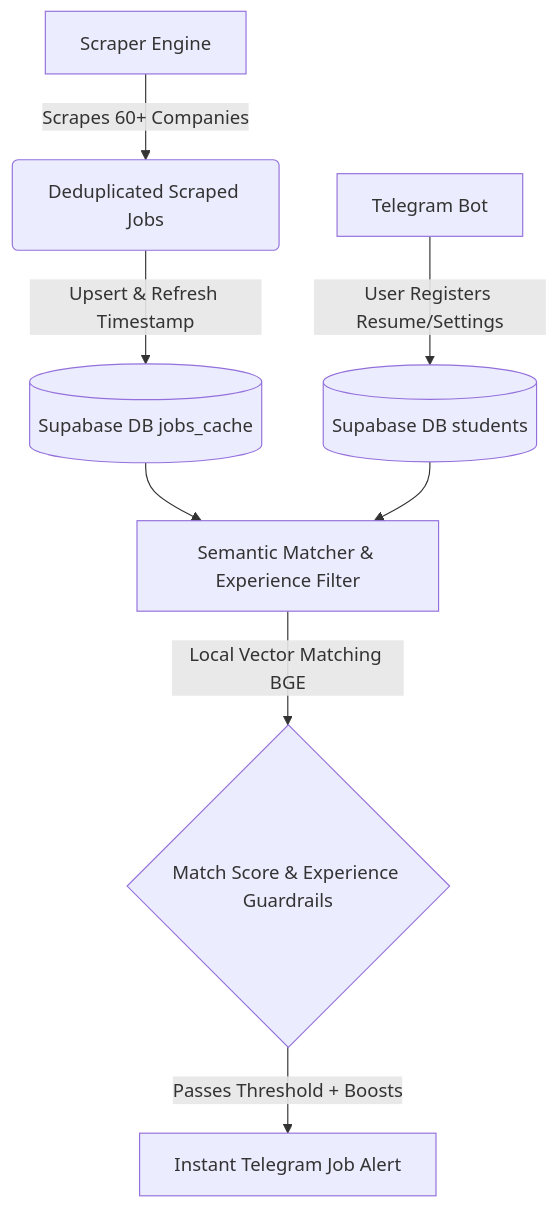
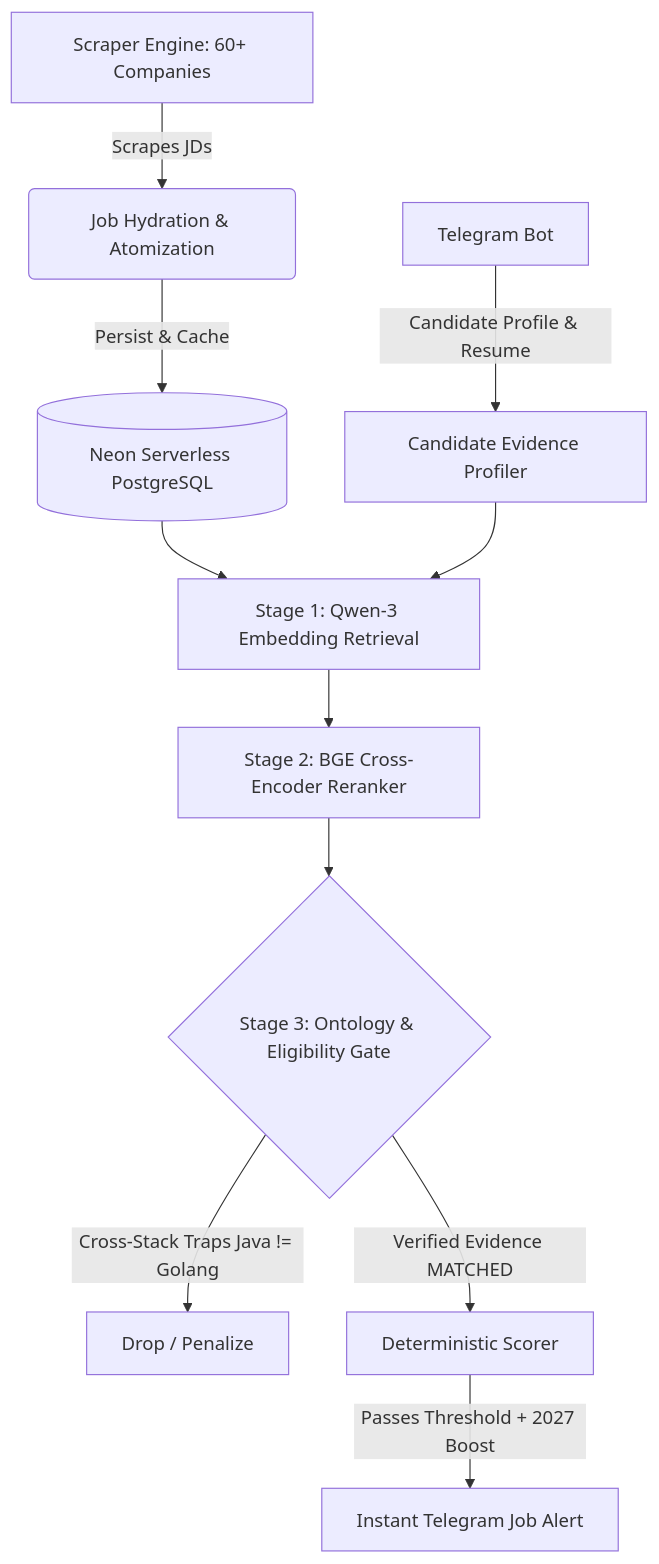
Before and after one commit to ishcares/HiringRadar: the diagram in README.md, drawn with Mermaid. The commit also changed other lines of this file, not shown here.

Commit message:
docs: update README with multi-stage evidence architecture, zero-RAM ML, and Neon PostgreSQL

````diff
--- a/README.md
+++ b/README.md
@@ -55,10 +56,13 @@
 ```mermaid
 graph TD
-    A[Scraper Engine] -->|Scrapes 60+ Companies| B(Deduplicated Scraped Jobs)
-    B -->|Upsert & Refresh Timestamp| C[(Supabase DB jobs_cache)]
-    D[Telegram Bot] -->|User Registers Resume/Settings| E[(Supabase DB students)]
-    C --> F[Semantic Matcher & Experience Filter]
+    A[Scraper Engine: 60+ Companies] -->|Scrapes JDs| B(Job Hydration & Atomization)
+    B -->|Persist & Cache| C[(Neon Serverless PostgreSQL)]
+    D[Telegram Bot] -->|Candidate Profile & Resume| E[Candidate Evidence Profiler]
+    C --> F[Stage 1: Qwen-3 Embedding Retrieval]
     E --> F
-    F -->|Local Vector Matching BGE| G{Match Score & Experience Guardrails}
-    G -->|Passes Threshold + Boosts| H[Instant Telegram Job Alert]
+    F --> G[Stage 2: BGE Cross-Encoder Reranker]
+    G --> H{Stage 3: Ontology & Eligibility Gate}
+    H -->|Cross-Stack Traps Java != Golang| I[Drop / Penalize]
+    H -->|Verified Evidence MATCHED| J[Deterministic Scorer]
+    J -->|Passes Threshold + 2027 Boost| K[Instant Telegram Job Alert]
 ```
````
